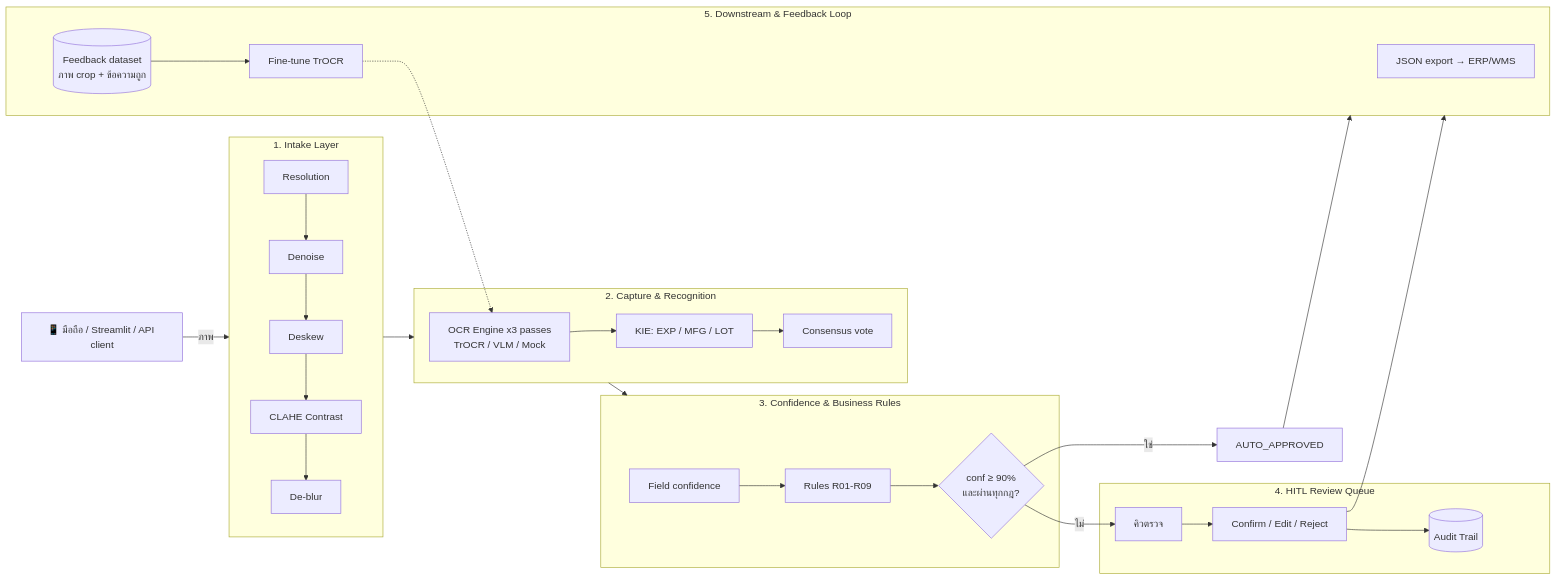
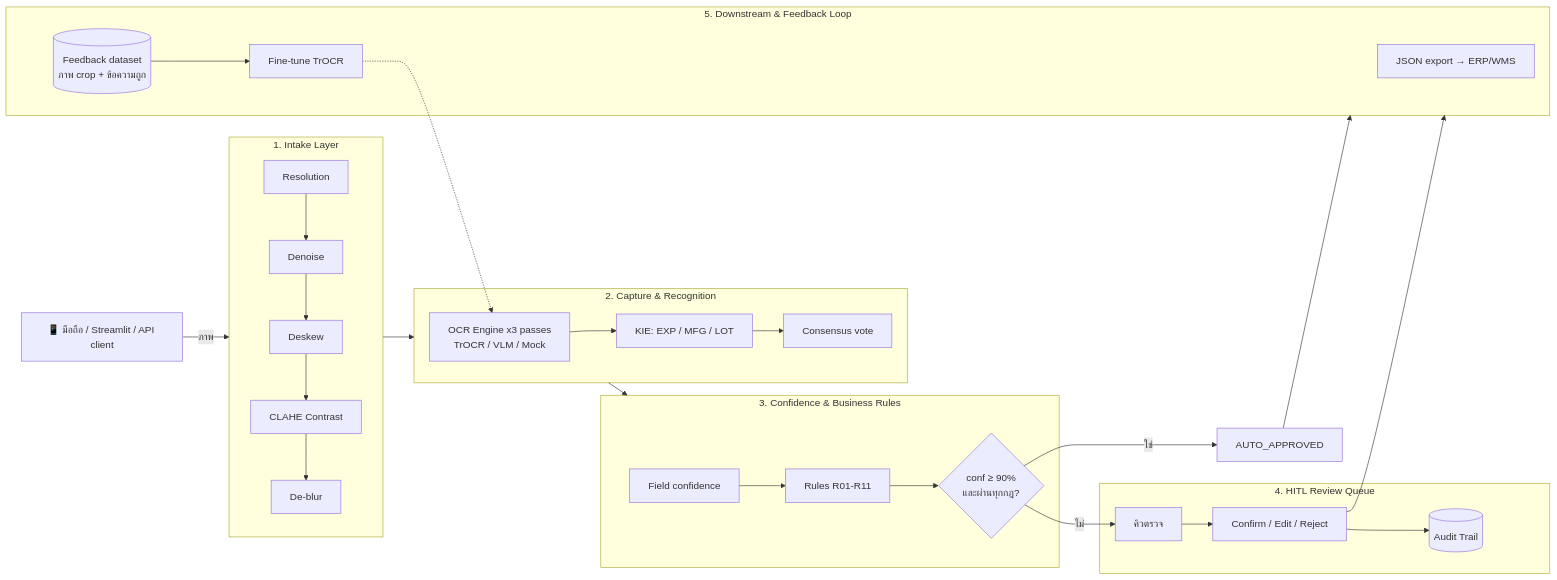
Before and after one commit to 106-jirayu/expiry-ocr: the diagram in README.md, drawn with Mermaid. The commit also changed other lines of this file and 6 other files, not shown here.

````diff
--- a/README.md
+++ b/README.md
@@ -26,26 +26,26 @@
 ```mermaid
 flowchart LR
     A[📱 มือถือ / Streamlit / API client] -->|ภาพ| L1
     subgraph L1[1. Intake Layer]
       P1[Resolution] --> P2[Denoise] --> P3[Deskew] --> P4[CLAHE Contrast] --> P5[De-blur]
     end
     L1 --> L2
     subgraph L2[2. Capture & Recognition]
       E1[OCR Engine x3 passes<br/>TrOCR / VLM / Mock] --> K[KIE: EXP / MFG / LOT] --> C[Consensus vote]
     end
     L2 --> L3
     subgraph L3[3. Confidence & Business Rules]
-      F[Field confidence] --> R[Rules R01-R09] --> RT{conf ≥ 90%<br/>และผ่านทุกกฎ?}
+      F[Field confidence] --> R[Rules R01-R11] --> RT{conf ≥ 90%<br/>และผ่านทุกกฎ?}
     end
     RT -->|ใช่| AA[AUTO_APPROVED]
     RT -->|ไม่| Q
     subgraph L4[4. HITL Review Queue]
       Q[คิวตรวจ] --> H[Confirm / Edit / Reject] --> AU[(Audit Trail)]
     end
     AA --> L5
     H --> L5
     subgraph L5[5. Downstream & Feedback Loop]
       J[JSON export → ERP/WMS]
       FB[(Feedback dataset<br/>ภาพ crop + ข้อความถูก)] --> FT[Fine-tune TrOCR] -.-> E1
     end
 ```
````
